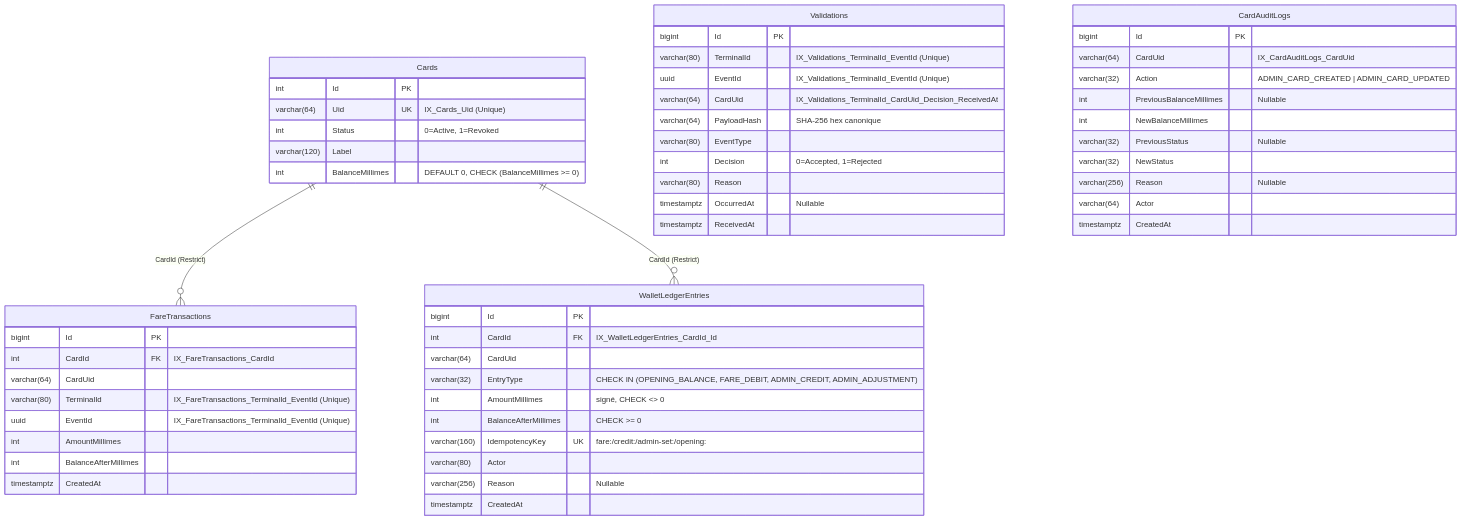
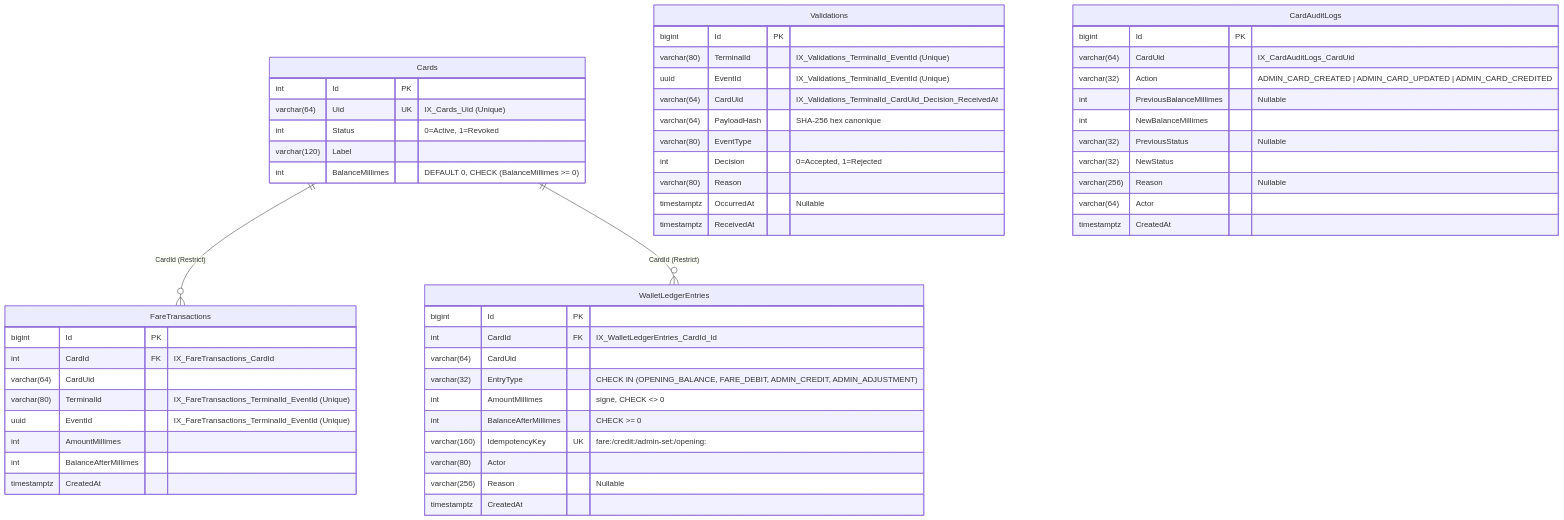
The third of 4 diagrams in README.md (nacefmoula/janus-rfid-platform), drawn with Mermaid before and after one commit. The commit also changed other lines of this file, not shown here.

First line of the commit message:
docs(readme): sync README with lot 4 architecture and ledger

````diff
--- a/README.md
+++ b/README.md
@@ -311,58 +315,58 @@
 ```mermaid
 erDiagram
     Cards ||--o{ FareTransactions : "CardId (Restrict)"
     Cards ||--o{ WalletLedgerEntries : "CardId (Restrict)"
     Cards {
         int Id PK
         varchar(64) Uid UK "IX_Cards_Uid (Unique)"
         int Status "0=Active, 1=Revoked"
         varchar(120) Label
         int BalanceMillimes "DEFAULT 0, CHECK (BalanceMillimes >= 0)"
     }
     Validations {
         bigint Id PK
         varchar(80) TerminalId "IX_Validations_TerminalId_EventId (Unique)"
         uuid EventId "IX_Validations_TerminalId_EventId (Unique)"
         varchar(64) CardUid "IX_Validations_TerminalId_CardUid_Decision_ReceivedAt"
         varchar(64) PayloadHash "SHA-256 hex canonique"
         varchar(80) EventType
         int Decision "0=Accepted, 1=Rejected"
         varchar(80) Reason
         timestamptz OccurredAt "Nullable"
         timestamptz ReceivedAt
     }
     FareTransactions {
         bigint Id PK
         int CardId FK "IX_FareTransactions_CardId"
         varchar(64) CardUid
         varchar(80) TerminalId "IX_FareTransactions_TerminalId_EventId (Unique)"
         uuid EventId "IX_FareTransactions_TerminalId_EventId (Unique)"
         int AmountMillimes
         int BalanceAfterMillimes
         timestamptz CreatedAt
     }
     WalletLedgerEntries {
         bigint Id PK
         int CardId FK "IX_WalletLedgerEntries_CardId_Id"
         varchar(64) CardUid
         varchar(32) EntryType "CHECK IN (OPENING_BALANCE, FARE_DEBIT, ADMIN_CREDIT, ADMIN_ADJUSTMENT)"
         int AmountMillimes "signé, CHECK <> 0"
         int BalanceAfterMillimes "CHECK >= 0"
         varchar(160) IdempotencyKey UK "fare:/credit:/admin-set:/opening:"
         varchar(80) Actor
         varchar(256) Reason "Nullable"
         timestamptz CreatedAt
     }
     CardAuditLogs {
         bigint Id PK
         varchar(64) CardUid "IX_CardAuditLogs_CardUid"
-        varchar(32) Action "ADMIN_CARD_CREATED | ADMIN_CARD_UPDATED"
+        varchar(32) Action "ADMIN_CARD_CREATED | ADMIN_CARD_UPDATED | ADMIN_CARD_CREDITED"
         int PreviousBalanceMillimes "Nullable"
         int NewBalanceMillimes
         varchar(32) PreviousStatus "Nullable"
         varchar(32) NewStatus
         varchar(256) Reason "Nullable"
         varchar(64) Actor
         timestamptz CreatedAt
     }
 ```
````
